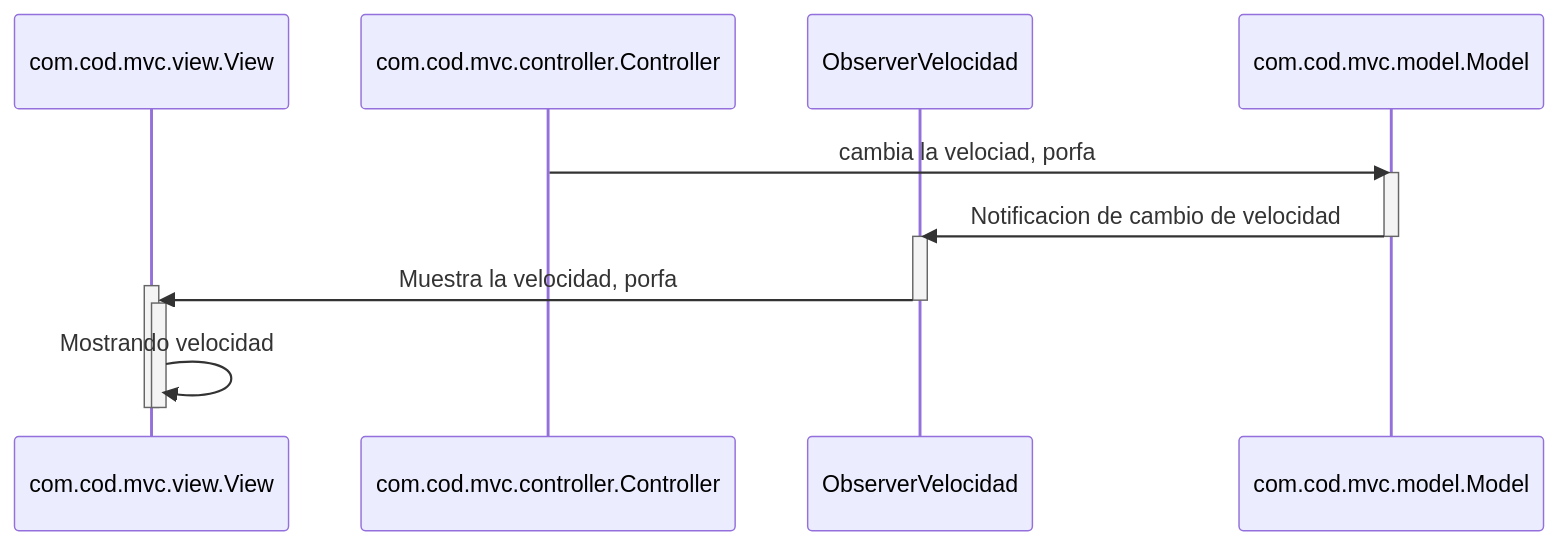
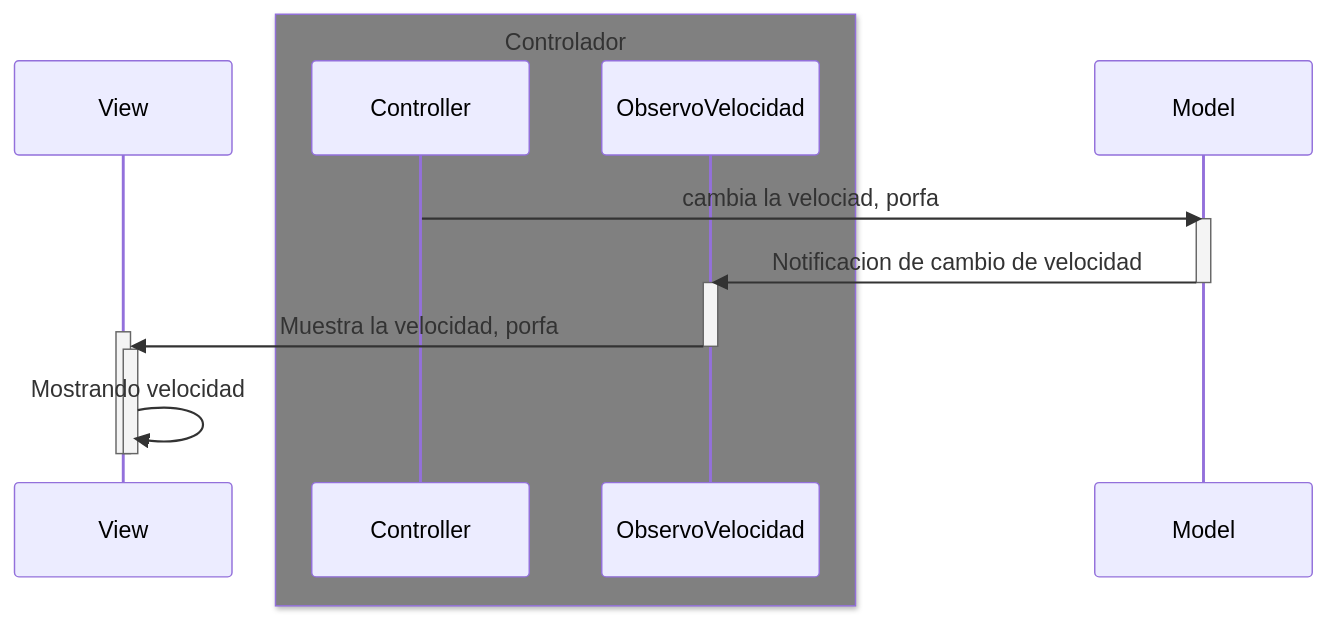
The second of 4 diagrams in Readme.md (ilopezbrion/MVC_coches_observer), drawn with Mermaid before and after one commit. The commit also changed other lines of this file, not shown here.

````diff
--- a/Readme.md
+++ b/Readme.md
@@ -56,18 +55,20 @@
 ```mermaid
 sequenceDiagram
-    participant com.cod.mvc.view.View
-    participant com.cod.mvc.controller.Controller
-    participant ObserverVelocidad
-    participant com.cod.mvc.model.Model
+    participant View
+    box gray Controlador
+    participant Controller
+    participant ObservoVelocidad
+    end
+    participant Model
     
-    com.cod.mvc.controller.Controller->>com.cod.mvc.model.Model: cambia la velociad, porfa
-    activate com.cod.mvc.model.Model
-    com.cod.mvc.model.Model->>ObserverVelocidad: Notificacion de cambio de velocidad
-    deactivate com.cod.mvc.model.Model
-    activate ObserverVelocidad
-    ObserverVelocidad->>+com.cod.mvc.view.View: Muestra la velocidad, porfa
-    deactivate ObserverVelocidad
-    activate com.cod.mvc.view.View
-    com.cod.mvc.view.View->>-com.cod.mvc.view.View: Mostrando velocidad
-    deactivate com.cod.mvc.view.View
+    Controller->>Model: cambia la velociad, porfa
+    activate Model
+    Model->>ObservoVelocidad: Notificacion de cambio de velocidad
+    deactivate Model
+    activate ObservoVelocidad
+    ObservoVelocidad->>+View: Muestra la velocidad, porfa
+    deactivate ObservoVelocidad
+    activate View
+    View->>-View: Mostrando velocidad
+    deactivate View
 ```
````
